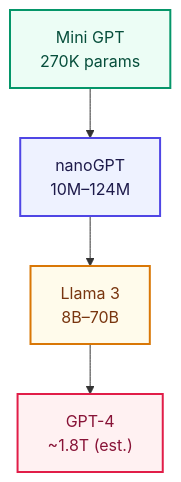
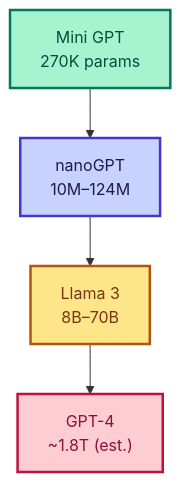
Before and after one commit to bhNibir/build-own-llm: the first of 3 diagrams in content/docs/part-10-bridge/02-whats-next.mdx, drawn with Mermaid. The commit also changed other lines of this file and 22 other files, not shown here.

First line of the commit message:
Refactor Mermaid and diagram styles for improved readability and consistency

````diff
--- a/content/docs/part-10-bridge/02-whats-next.mdx
+++ b/content/docs/part-10-bridge/02-whats-next.mdx
@@ -16,10 +16,10 @@
 ```mermaid
 flowchart TD
     A["Mini GPT<br/>270K params"]:::process --> B["nanoGPT<br/>10M–124M"]:::next
     B --> C["Llama 3<br/>8B–70B"]:::output
     C --> D["GPT-4<br/>~1.8T (est.)"]:::highlight
-    classDef process fill:#ECFDF5,color:#064E3B,stroke:#059669,stroke-width:2px
-    classDef next fill:#EEF2FF,color:#1E1B4B,stroke:#4F46E5,stroke-width:2px
-    classDef output fill:#FFFBEB,color:#78350F,stroke:#D97706,stroke-width:2px
-    classDef highlight fill:#FFF1F2,color:#881337,stroke:#E11D48,stroke-width:2px
+    classDef process fill:#A7F3D0,color:#064E3B,stroke:#047857,stroke-width:2.5px
+    classDef next fill:#C7D2FE,color:#1E1B4B,stroke:#4338CA,stroke-width:2.5px
+    classDef output fill:#FDE68A,color:#78350F,stroke:#B45309,stroke-width:2.5px
+    classDef highlight fill:#FECDD3,color:#881337,stroke:#BE123C,stroke-width:2.5px
 ```
````
